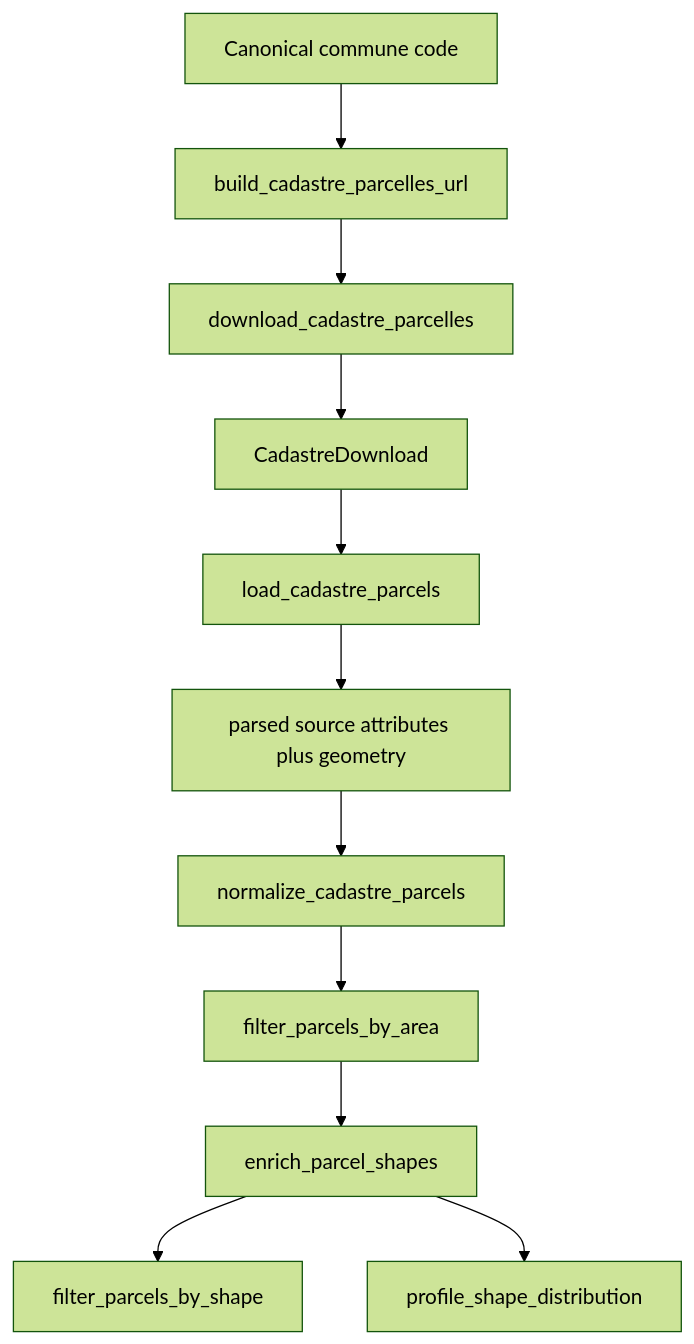
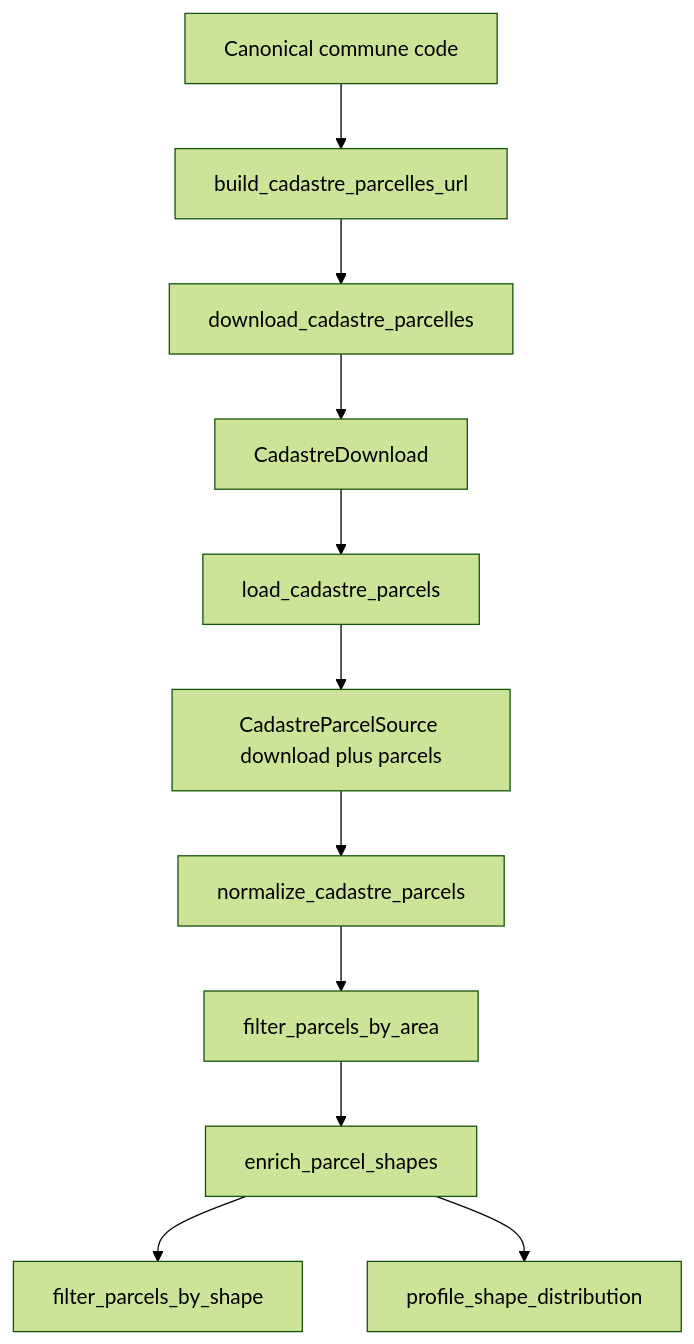
One commit to hmsouhaib/landscout-ai changed the diagram in docs/code/CADASTRE_PIPELINE.md. Above: the diagram before and after it, drawn with Mermaid (forest theme). The commit also changed other lines of this file and 164 other files, not shown here.

````diff
--- a/docs/code/CADASTRE_PIPELINE.md
+++ b/docs/code/CADASTRE_PIPELINE.md
@@ -5,13 +5,13 @@
 ```mermaid
 flowchart TD
     Commune[Canonical commune code] --> Url[build_cadastre_parcelles_url]
     Url --> Download[download_cadastre_parcelles]
     Download --> Envelope[CadastreDownload]
     Envelope --> Load[load_cadastre_parcels]
-    Load --> Source[parsed source attributes plus geometry]
+    Load --> Source[CadastreParcelSource download plus parcels]
     Source --> Normalize[normalize_cadastre_parcels]
     Normalize --> Area[filter_parcels_by_area]
     Area --> Shape[enrich_parcel_shapes]
     Shape --> Screen[filter_parcels_by_shape]
     Shape --> Profile[profile_shape_distribution]
 ```
````
